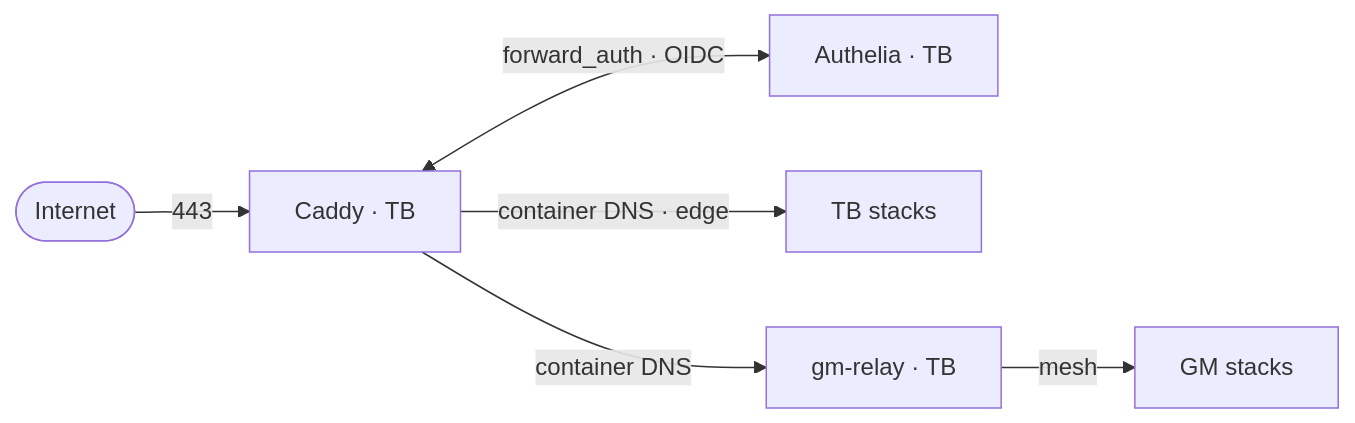
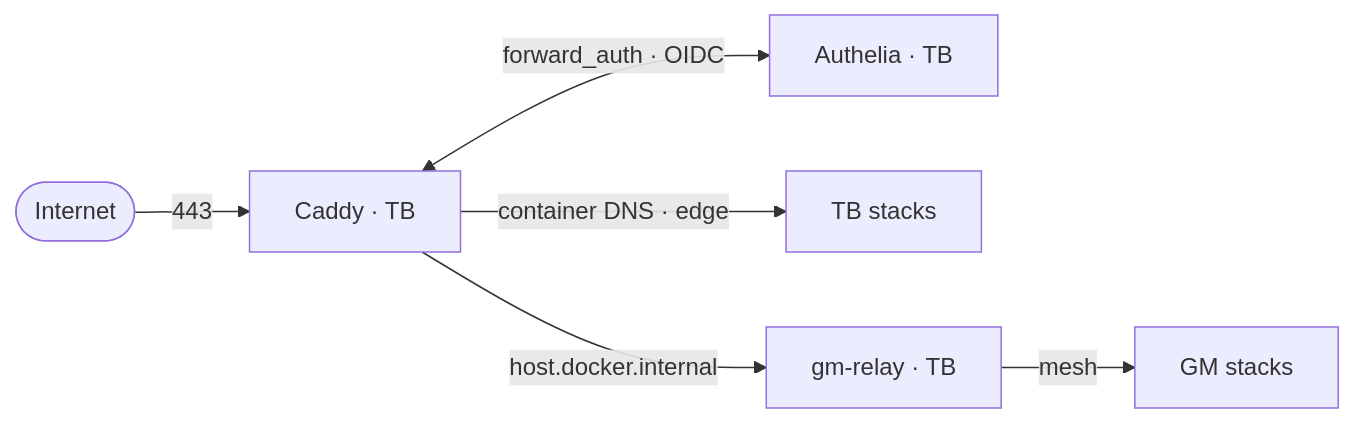
Before and after one commit to siffreinsg/the-sea: the first of 3 diagrams in docs/ARCHI.md, drawn with Mermaid. The commit also changed 5 other files, not shown here.

````diff
--- a/docs/ARCHI.md
+++ b/docs/ARCHI.md
@@ -8,8 +8,8 @@
 ```mermaid
 flowchart LR
   user([Internet]) -->|443| caddy[Caddy · TB]
   caddy <-->|forward_auth · OIDC| authelia[Authelia · TB]
   caddy -->|container DNS · edge| tb[TB stacks]
-  caddy -->|container DNS| gm_relay[gm-relay · TB]
+  caddy -->|host.docker.internal| gm_relay[gm-relay · TB]
   gm_relay -->|mesh| gm[GM stacks]
 ```
````
